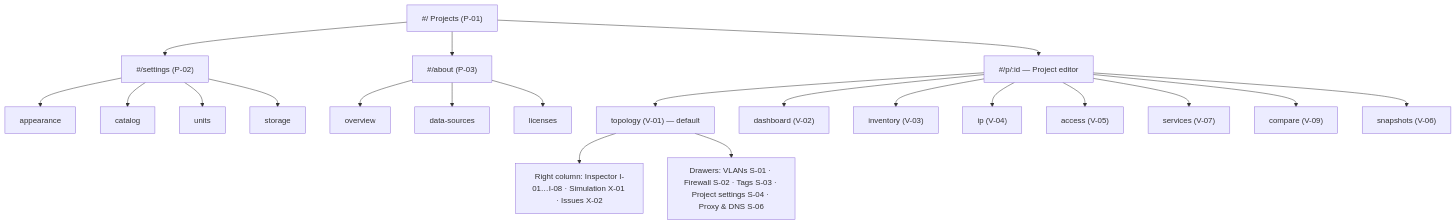
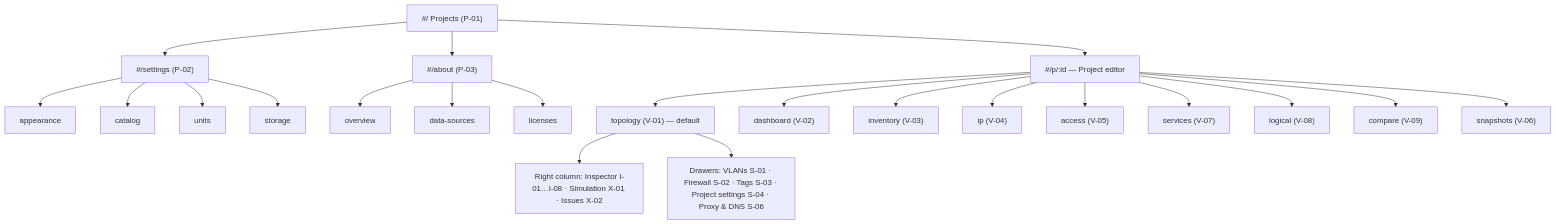
The diagram in docs/07-mapa-widokow.md (Kassek-dev/server-planner), drawn with Mermaid before and after one commit. The commit also changed other lines of this file and 10 other files, not shown here.

````diff
--- a/docs/07-mapa-widokow.md
+++ b/docs/07-mapa-widokow.md
@@ -33,28 +33,29 @@
 ```mermaid
 flowchart TD
   ROOT["#/ Projects (P-01)"]
   ROOT --> SET["#/settings (P-02)"]
   ROOT --> ABOUT["#/about (P-03)"]
   ROOT --> PRJ["#/p/:id — Project editor"]
 
   SET --> SET1[appearance]
   SET --> SET2[catalog]
   SET --> SET3[units]
   SET --> SET4[storage]
 
   ABOUT --> AB1[overview]
   ABOUT --> AB2[data-sources]
   ABOUT --> AB3[licenses]
 
   PRJ --> V1["topology (V-01) — default"]
   PRJ --> V2["dashboard (V-02)"]
   PRJ --> V3["inventory (V-03)"]
   PRJ --> V4["ip (V-04)"]
   PRJ --> V5["access (V-05)"]
   PRJ --> V7["services (V-07)"]
+  PRJ --> V8["logical (V-08)"]
   PRJ --> V9["compare (V-09)"]
   PRJ --> V6["snapshots (V-06)"]
 
   V1 --> PAN["Right column: Inspector I-01…I-08 · Simulation X-01 · Issues X-02"]
   V1 --> DRW["Drawers: VLANs S-01 · Firewall S-02 · Tags S-03 · Project settings S-04 · Proxy & DNS S-06"]
 ```
````
